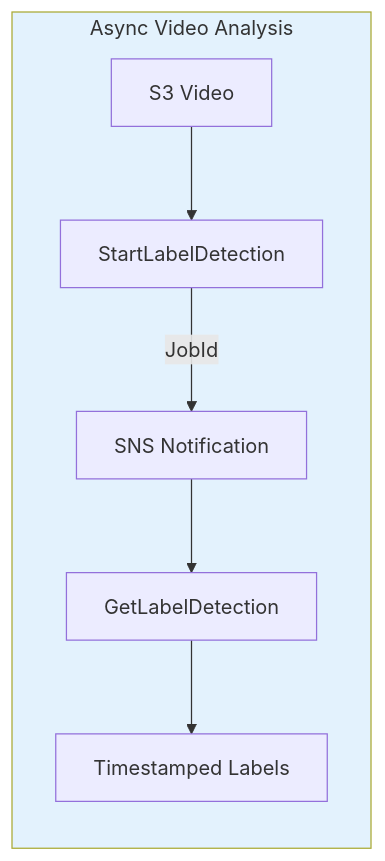
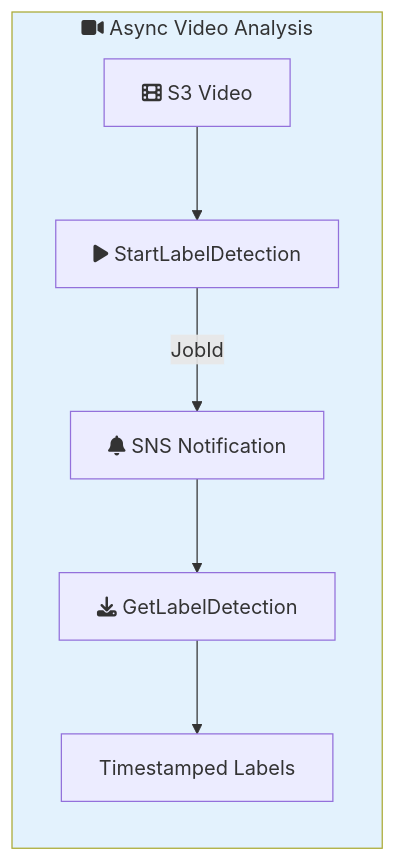
The third of 3 diagrams in aws-ml-associate-prep/10-rekognition-app/LAB.md (vinu76jsr/aws-sample-projects), drawn with Mermaid before and after one commit. The commit also changed other lines of this file and 15 other files, not shown here.

First line of the commit message:
Add Font Awesome icons to all Mermaid diagrams

````diff
--- a/aws-ml-associate-prep/10-rekognition-app/LAB.md
+++ b/aws-ml-associate-prep/10-rekognition-app/LAB.md
@@ -79,17 +79,17 @@
 ```mermaid
 flowchart LR
-    subgraph Async["Async Video Analysis"]
-        Video[S3 Video]
-        Start[StartLabelDetection]
-        SNS[SNS Notification]
-        Get[GetLabelDetection]
+    subgraph Async["fa:fa-video Async Video Analysis"]
+        Video[fa:fa-film S3 Video]
+        Start[fa:fa-play StartLabelDetection]
+        SNS[fa:fa-bell SNS Notification]
+        Get[fa:fa-download GetLabelDetection]
         Results[Timestamped Labels]
     end
 
     Video --> Start
     Start --> |JobId| SNS
     SNS --> Get
     Get --> Results
 
     style Async fill:#e3f2fd
 ```
````
